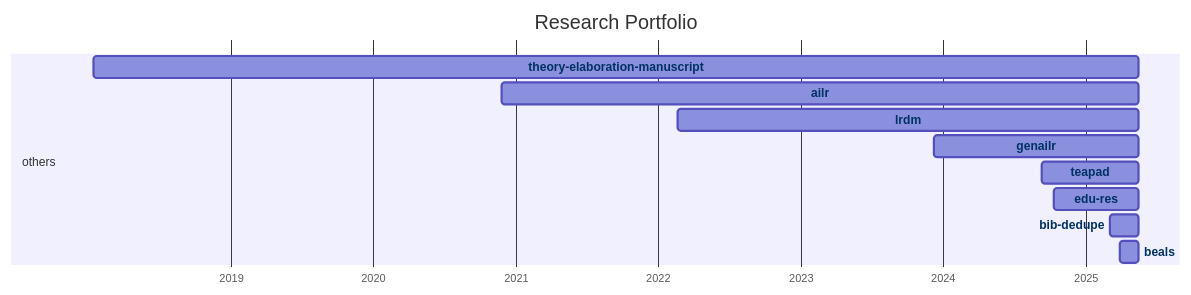
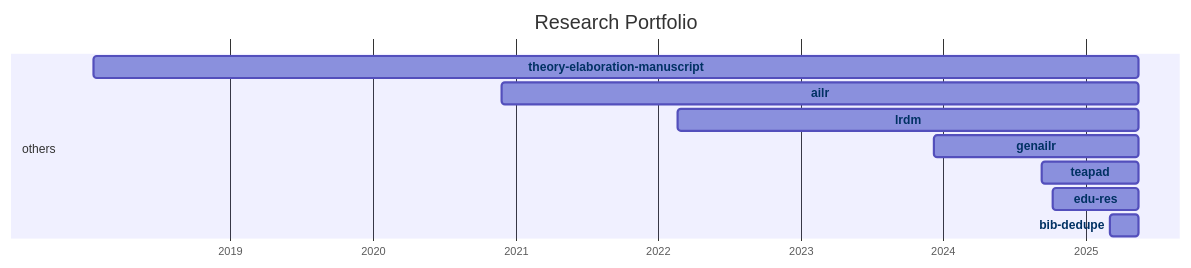
Before and after one commit to digital-work-lab/handbook: the diagram in docs/20-research/25-projects-gantt.md, drawn with Mermaid. The commit also changed 1 other file, not shown here.

Commit message:
Update repository overview

````diff
--- a/docs/20-research/25-projects-gantt.md
+++ b/docs/20-research/25-projects-gantt.md
@@ -8,35 +8,33 @@
 ```mermaid
 ---
 displayMode: compact
 ---
 gantt
 title Research Portfolio
 dateFormat YYYY-MM-DD
 axisFormat %Y
 
     section work_practices
 
     section distributed_organizing
 
     section knowledge_synthesis
 
     section others
-        beals :beals, 2025-03-28, 2025-05-16
-        bib-dedupe :bib-dedupe, 2025-03-04, 2025-05-16
-        edu-res :edu-res, 2024-10-10, 2025-05-16
-        teapad :teapad, 2024-09-10, 2025-05-16
-        genailr :genailr, 2023-12-10, 2025-05-16
-        lrdm :lrdm, 2022-02-20, 2025-05-16
-        ailr :ailr, 2020-11-26, 2025-05-16
-        theory-elaboration-manuscript :theory-elaboration-manuscript, 2018-01-15, 2025-05-16
+        bib-dedupe :bib-dedupe, 2025-03-04, 2025-05-17
+        edu-res :edu-res, 2024-10-10, 2025-05-17
+        teapad :teapad, 2024-09-10, 2025-05-17
+        genailr :genailr, 2023-12-10, 2025-05-17
+        lrdm :lrdm, 2022-02-20, 2025-05-17
+        ailr :ailr, 2020-11-26, 2025-05-17
+        theory-elaboration-manuscript :theory-elaboration-manuscript, 2018-01-15, 2025-05-17
 
 
-    click beals href "{{ site.baseurl }}/docs/20-research/25-projects/_repos/beals"
     click bib-dedupe href "{{ site.baseurl }}/docs/20-research/25-projects/_repos/bib-dedupe"
     click edu-res href "{{ site.baseurl }}/docs/20-research/25-projects/_repos/edu-res"
     click teapad href "{{ site.baseurl }}/docs/20-research/25-projects/_repos/teapad"
     click genailr href "{{ site.baseurl }}/docs/20-research/25-projects/_repos/genailr"
     click lrdm href "{{ site.baseurl }}/docs/20-research/25-projects/_repos/lrdm"
     click ailr href "{{ site.baseurl }}/docs/20-research/25-projects/_repos/ailr"
     click theory-elaboration-manuscript href "{{ site.baseurl }}/docs/20-research/25-projects/_repos/theory-elaboration-manuscript"
 ```
````
